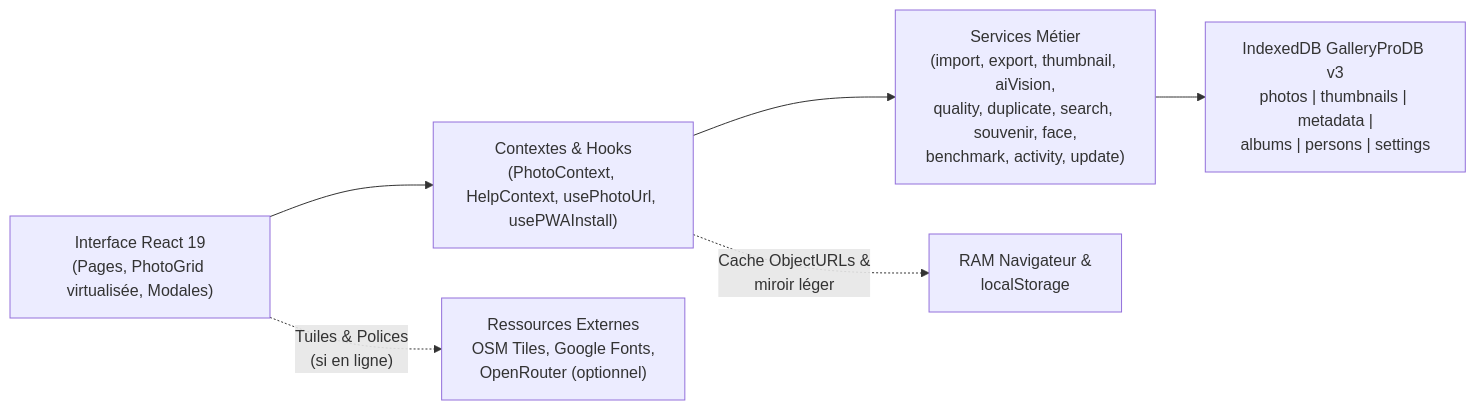
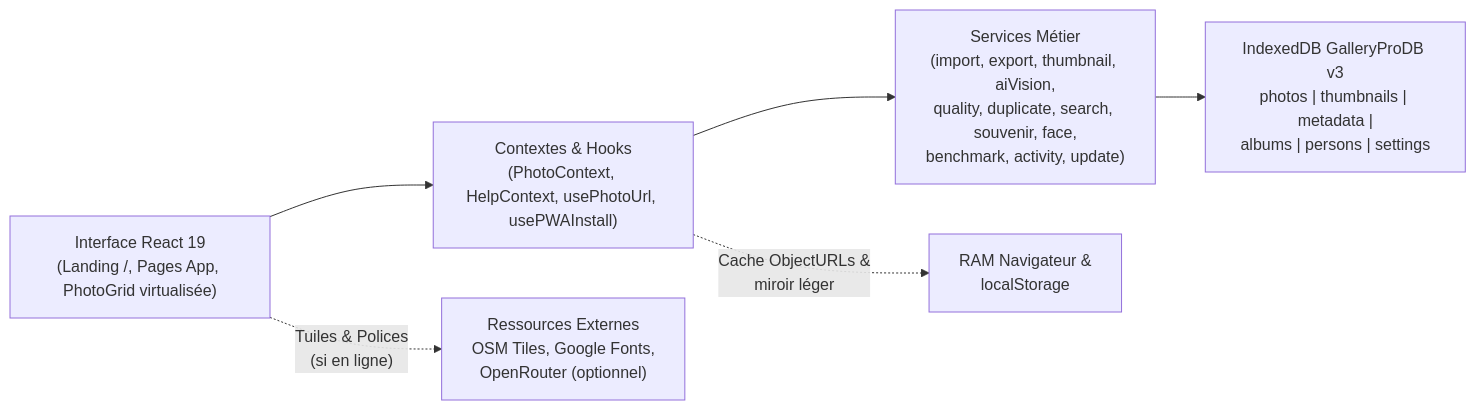
Before and after one commit to nouhailler/photorapp: the diagram in README.md, drawn with Mermaid. The commit also changed other lines of this file and 2 other files, not shown here.

First line of the commit message:
feat: add public product landing page

````diff
--- a/README.md
+++ b/README.md
@@ -327,8 +329,8 @@
 ```mermaid
 flowchart LR
-  UI["Interface React 19\n(Pages, PhotoGrid virtualisée, Modales)"] --> CTX["Contextes & Hooks\n(PhotoContext, HelpContext, usePhotoUrl, usePWAInstall)"]
+  UI["Interface React 19\n(Landing /, Pages App, PhotoGrid virtualisée)"] --> CTX["Contextes & Hooks\n(PhotoContext, HelpContext, usePhotoUrl, usePWAInstall)"]
   CTX --> SRV["Services Métier\n(import, export, thumbnail, aiVision,\nquality, duplicate, search, souvenir, face,\nbenchmark, activity, update)"]
   SRV --> IDB["IndexedDB GalleryProDB v3\nphotos | thumbnails | metadata |\nalbums | persons | settings"]
   CTX -. "Cache ObjectURLs &\nmiroir léger" .-> MEM["RAM Navigateur &\nlocalStorage"]
   UI -. "Tuiles & Polices\n(si en ligne)" .-> NET["Ressources Externes\nOSM Tiles, Google Fonts,\nOpenRouter (optionnel)"]
 ```
````
